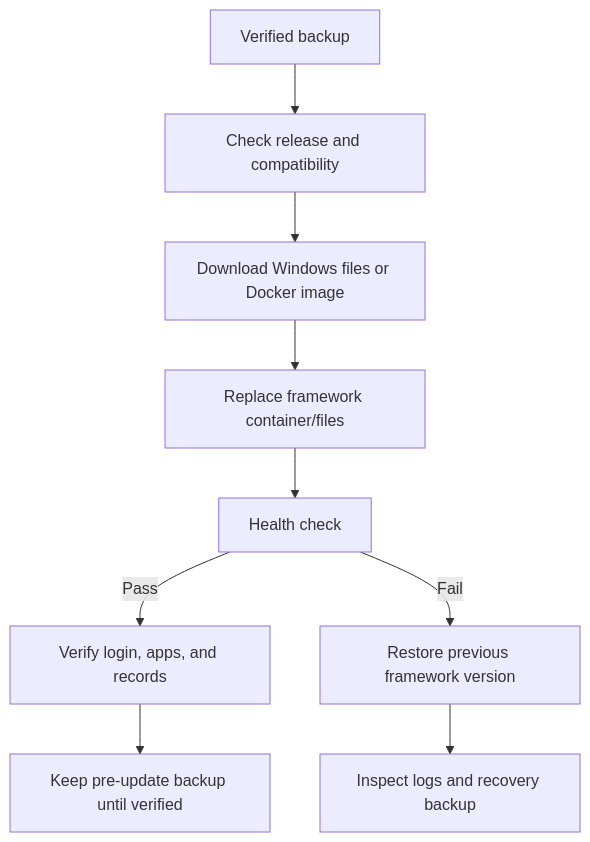
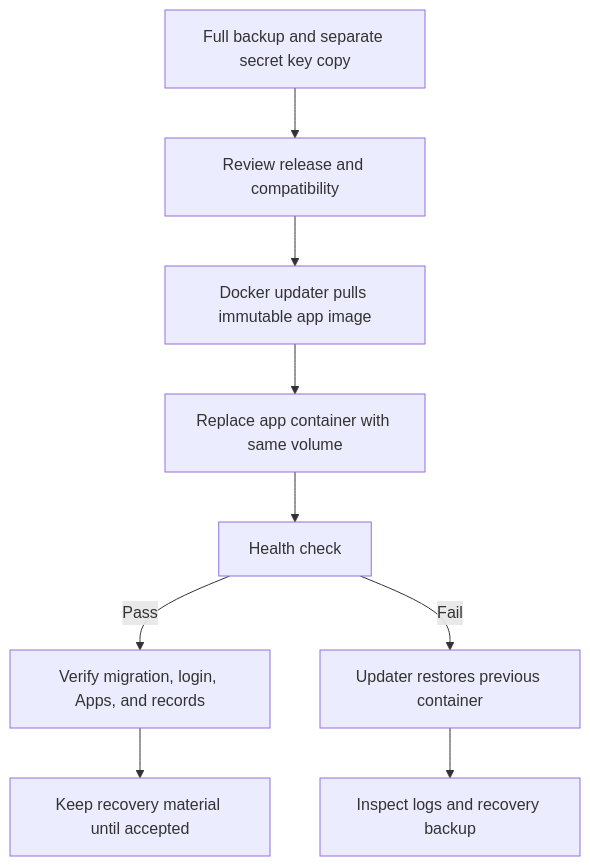
Before and after one commit to emu479p01/emu-framework-docs: the diagram in admin/framework-update.md, drawn with Mermaid. The commit also changed other lines of this file and 28 other files, not shown here.

````diff
--- a/admin/framework-update.md
+++ b/admin/framework-update.md
@@ -13,11 +13,11 @@
 ```mermaid
 flowchart TD
-    A[Verified backup] --> B[Check release and compatibility]
-    B --> C[Download Windows files or Docker image]
-    C --> D[Replace framework container/files]
+    A[Full backup and separate secret key copy] --> B[Review release and compatibility]
+    B --> C[Docker updater pulls immutable app image]
+    C --> D[Replace app container with same volume]
     D --> E[Health check]
-    E -->|Pass| F[Verify login, apps, and records]
-    E -->|Fail| G[Restore previous framework version]
+    E -->|Pass| F[Verify migration, login, Apps, and records]
+    E -->|Fail| G[Updater restores previous container]
     G --> H[Inspect logs and recovery backup]
-    F --> I[Keep pre-update backup until verified]
+    F --> I[Keep recovery material until accepted]
 ```
````
